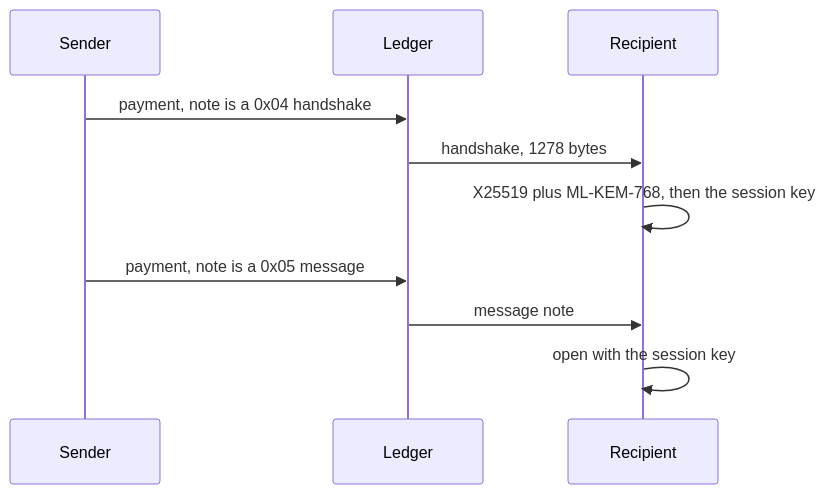
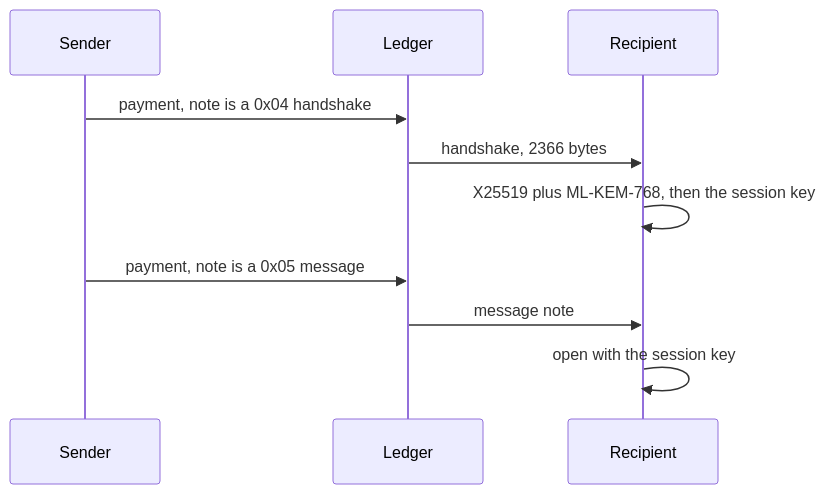
One commit to CorvidLabs/algochat changed the second of 2 diagrams in README.md. Above: the diagram before and after it, drawn with Mermaid. The commit also changed 43 other files, not shown here.

````diff
--- a/README.md
+++ b/README.md
@@ -43,12 +43,12 @@
 ```mermaid
 sequenceDiagram
     participant S as Sender
     participant L as Ledger
     participant R as Recipient
     S->>L: payment, note is a 0x04 handshake
-    L->>R: handshake, 1278 bytes
+    L->>R: handshake, 2366 bytes
     R->>R: X25519 plus ML-KEM-768, then the session key
     S->>L: payment, note is a 0x05 message
     L->>R: message note
     R->>R: open with the session key
 ```
````
